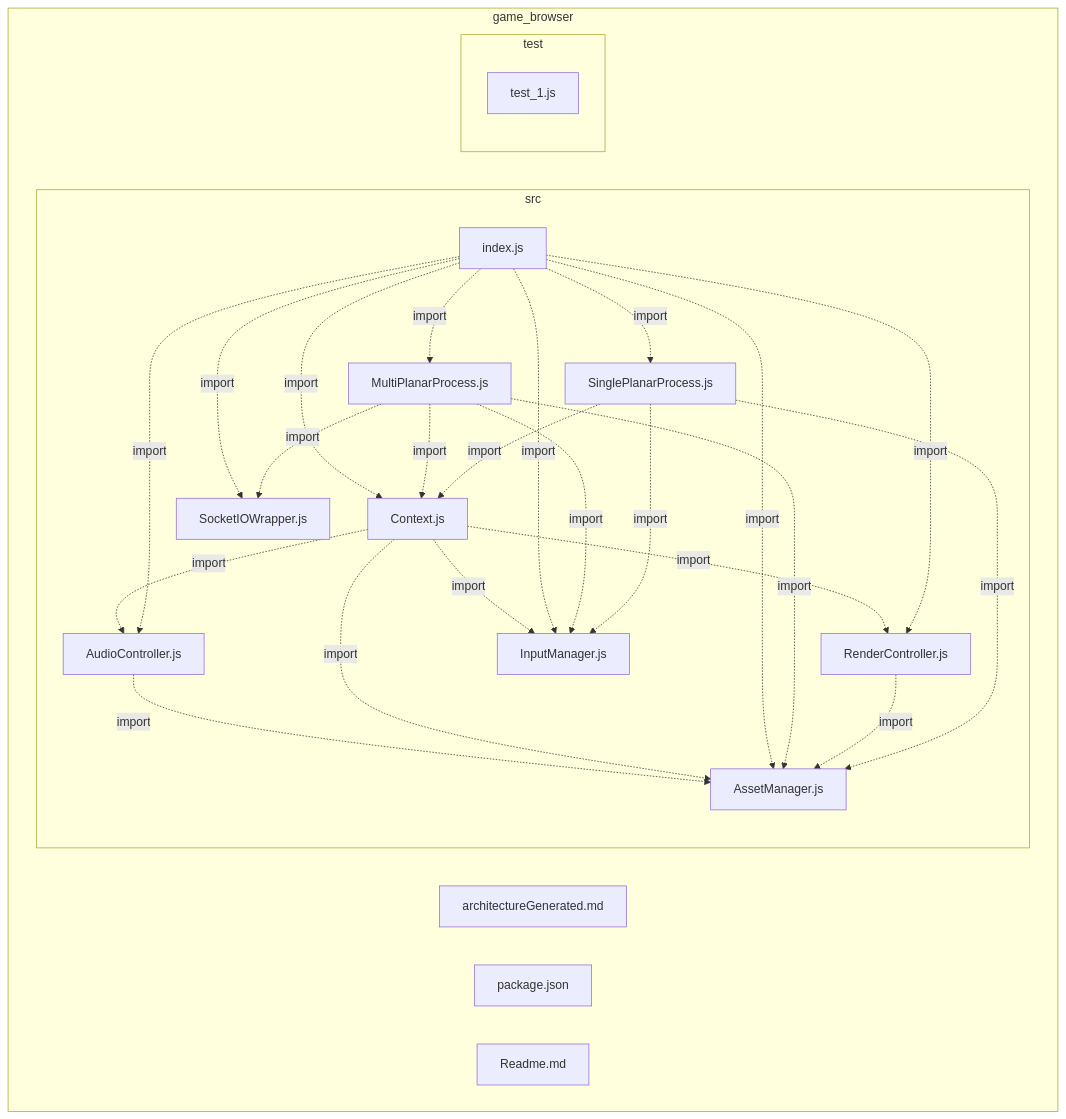
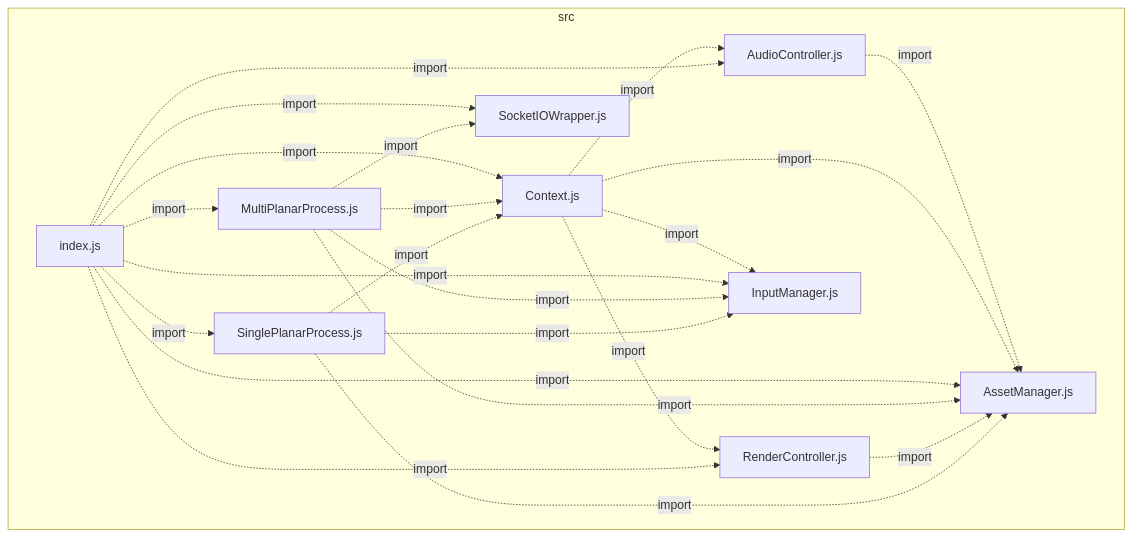
Before and after one commit to VCityTeam/UD-Viz: the diagram in packages/game_browser/architectureGenerated.md, drawn with Mermaid. The commit also changed 25 other files, not shown here.

Commit message:
update(doc):generate diagrams from *package*/src/

````diff
--- a/packages/game_browser/architectureGenerated.md
+++ b/packages/game_browser/architectureGenerated.md
@@ -1,43 +1,35 @@
 ```mermaid
 flowchart
- subgraph IDgame5fbrowser["game_browser"]
-  IDgame5fbrowserArchitectureGenerated2emd["architectureGenerated.md"]
-  IDgame5fbrowserPackage2ejson["package.json"]
-  IDgame5fbrowserReadme2emd["Readme.md"]
-  subgraph IDgame5fbrowserSrc["src"]
-   IDgame5fbrowserSrcAssetManager2ejs["AssetManager.js"]
-   IDgame5fbrowserSrcAudioController2ejs["AudioController.js"]
-   IDgame5fbrowserSrcContext2ejs["Context.js"]
-   IDgame5fbrowserSrcIndex2ejs["index.js"]
-   IDgame5fbrowserSrcInputManager2ejs["InputManager.js"]
-   IDgame5fbrowserSrcMultiPlanarProcess2ejs["MultiPlanarProcess.js"]
-   IDgame5fbrowserSrcRenderController2ejs["RenderController.js"]
-   IDgame5fbrowserSrcSinglePlanarProcess2ejs["SinglePlanarProcess.js"]
-   IDgame5fbrowserSrcSocketIOWrapper2ejs["SocketIOWrapper.js"]
-  end
-  subgraph IDgame5fbrowserTest["test"]
-   IDgame5fbrowserTestTest5f12ejs["test_1.js"]
-  end
+ subgraph IDsrc["src"]
+  IDsrcAssetManager2ejs["AssetManager.js"]
+  IDsrcAudioController2ejs["AudioController.js"]
+  IDsrcContext2ejs["Context.js"]
+  IDsrcIndex2ejs["index.js"]
+  IDsrcInputManager2ejs["InputManager.js"]
+  IDsrcMultiPlanarProcess2ejs["MultiPlanarProcess.js"]
+  IDsrcRenderController2ejs["RenderController.js"]
+  IDsrcSinglePlanarProcess2ejs["SinglePlanarProcess.js"]
+  IDsrcSocketIOWrapper2ejs["SocketIOWrapper.js"]
  end
-IDgame5fbrowserSrcAudioController2ejs-.->|import|IDgame5fbrowserSrcAssetManager2ejs
-IDgame5fbrowserSrcContext2ejs-.->|import|IDgame5fbrowserSrcRenderController2ejs
-IDgame5fbrowserSrcContext2ejs-.->|import|IDgame5fbrowserSrcAudioController2ejs
-IDgame5fbrowserSrcContext2ejs-.->|import|IDgame5fbrowserSrcAssetManager2ejs
-IDgame5fbrowserSrcContext2ejs-.->|import|IDgame5fbrowserSrcInputManager2ejs
-IDgame5fbrowserSrcIndex2ejs-.->|import|IDgame5fbrowserSrcAssetManager2ejs
-IDgame5fbrowserSrcIndex2ejs-.->|import|IDgame5fbrowserSrcAudioController2ejs
-IDgame5fbrowserSrcIndex2ejs-.->|import|IDgame5fbrowserSrcContext2ejs
-IDgame5fbrowserSrcIndex2ejs-.->|import|IDgame5fbrowserSrcInputManager2ejs
-IDgame5fbrowserSrcIndex2ejs-.->|import|IDgame5fbrowserSrcMultiPlanarProcess2ejs
-IDgame5fbrowserSrcIndex2ejs-.->|import|IDgame5fbrowserSrcRenderController2ejs
-IDgame5fbrowserSrcIndex2ejs-.->|import|IDgame5fbrowserSrcSinglePlanarProcess2ejs
-IDgame5fbrowserSrcIndex2ejs-.->|import|IDgame5fbrowserSrcSocketIOWrapper2ejs
-IDgame5fbrowserSrcMultiPlanarProcess2ejs-.->|import|IDgame5fbrowserSrcSocketIOWrapper2ejs
-IDgame5fbrowserSrcMultiPlanarProcess2ejs-.->|import|IDgame5fbrowserSrcInputManager2ejs
-IDgame5fbrowserSrcMultiPlanarProcess2ejs-.->|import|IDgame5fbrowserSrcAssetManager2ejs
-IDgame5fbrowserSrcMultiPlanarProcess2ejs-.->|import|IDgame5fbrowserSrcContext2ejs
-IDgame5fbrowserSrcRenderController2ejs-.->|import|IDgame5fbrowserSrcAssetManager2ejs
-IDgame5fbrowserSrcSinglePlanarProcess2ejs-.->|import|IDgame5fbrowserSrcAssetManager2ejs
-IDgame5fbrowserSrcSinglePlanarProcess2ejs-.->|import|IDgame5fbrowserSrcInputManager2ejs
-IDgame5fbrowserSrcSinglePlanarProcess2ejs-.->|import|IDgame5fbrowserSrcContext2ejs
+IDsrcAudioController2ejs-.->|import|IDsrcAssetManager2ejs
+IDsrcContext2ejs-.->|import|IDsrcRenderController2ejs
+IDsrcContext2ejs-.->|import|IDsrcAudioController2ejs
+IDsrcContext2ejs-.->|import|IDsrcAssetManager2ejs
+IDsrcContext2ejs-.->|import|IDsrcInputManager2ejs
+IDsrcIndex2ejs-.->|import|IDsrcAssetManager2ejs
+IDsrcIndex2ejs-.->|import|IDsrcAudioController2ejs
+IDsrcIndex2ejs-.->|import|IDsrcContext2ejs
+IDsrcIndex2ejs-.->|import|IDsrcInputManager2ejs
+IDsrcIndex2ejs-.->|import|IDsrcMultiPlanarProcess2ejs
+IDsrcIndex2ejs-.->|import|IDsrcRenderController2ejs
+IDsrcIndex2ejs-.->|import|IDsrcSinglePlanarProcess2ejs
+IDsrcIndex2ejs-.->|import|IDsrcSocketIOWrapper2ejs
+IDsrcMultiPlanarProcess2ejs-.->|import|IDsrcSocketIOWrapper2ejs
+IDsrcMultiPlanarProcess2ejs-.->|import|IDsrcInputManager2ejs
+IDsrcMultiPlanarProcess2ejs-.->|import|IDsrcAssetManager2ejs
+IDsrcMultiPlanarProcess2ejs-.->|import|IDsrcContext2ejs
+IDsrcRenderController2ejs-.->|import|IDsrcAssetManager2ejs
+IDsrcSinglePlanarProcess2ejs-.->|import|IDsrcAssetManager2ejs
+IDsrcSinglePlanarProcess2ejs-.->|import|IDsrcInputManager2ejs
+IDsrcSinglePlanarProcess2ejs-.->|import|IDsrcContext2ejs
 ```
````
